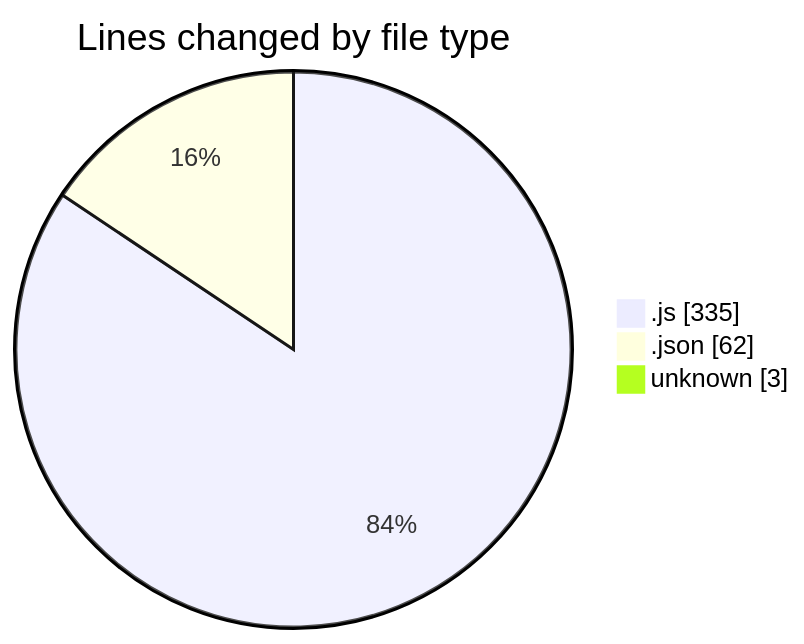
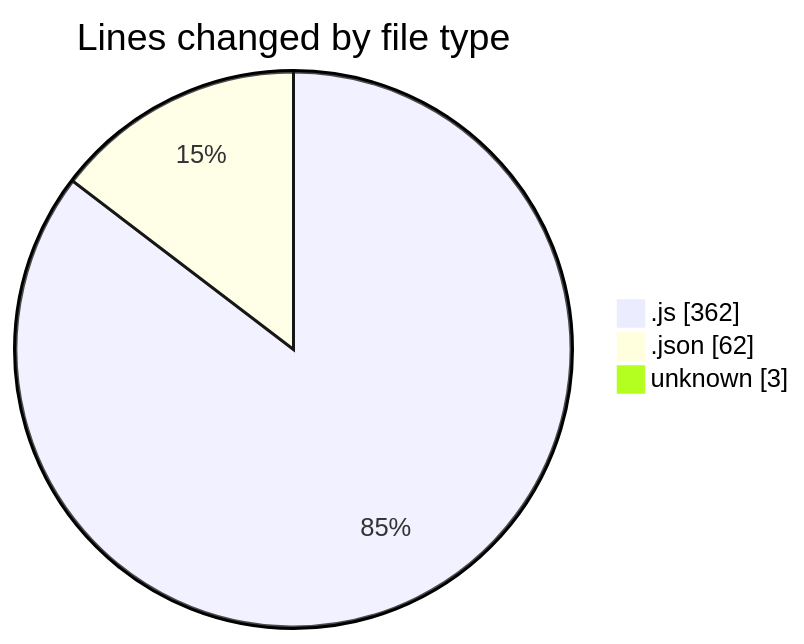
Before and after one commit to Ritupan-Deka/code-tracking: the first of 2 diagrams in 2025-07-02/mern-thinkboard/README.md, drawn with Mermaid. The commit also changed other lines of this file and 1 other file, not shown here.

````diff
--- a/2025-07-02/mern-thinkboard/README.md
+++ b/2025-07-02/mern-thinkboard/README.md
@@ -28,7 +28,7 @@
 ```mermaid
 pie showData
 title Lines changed by file type
-".js" : 335
+".js" : 362
 ".json" : 62
 "unknown" : 3
 ```
````
